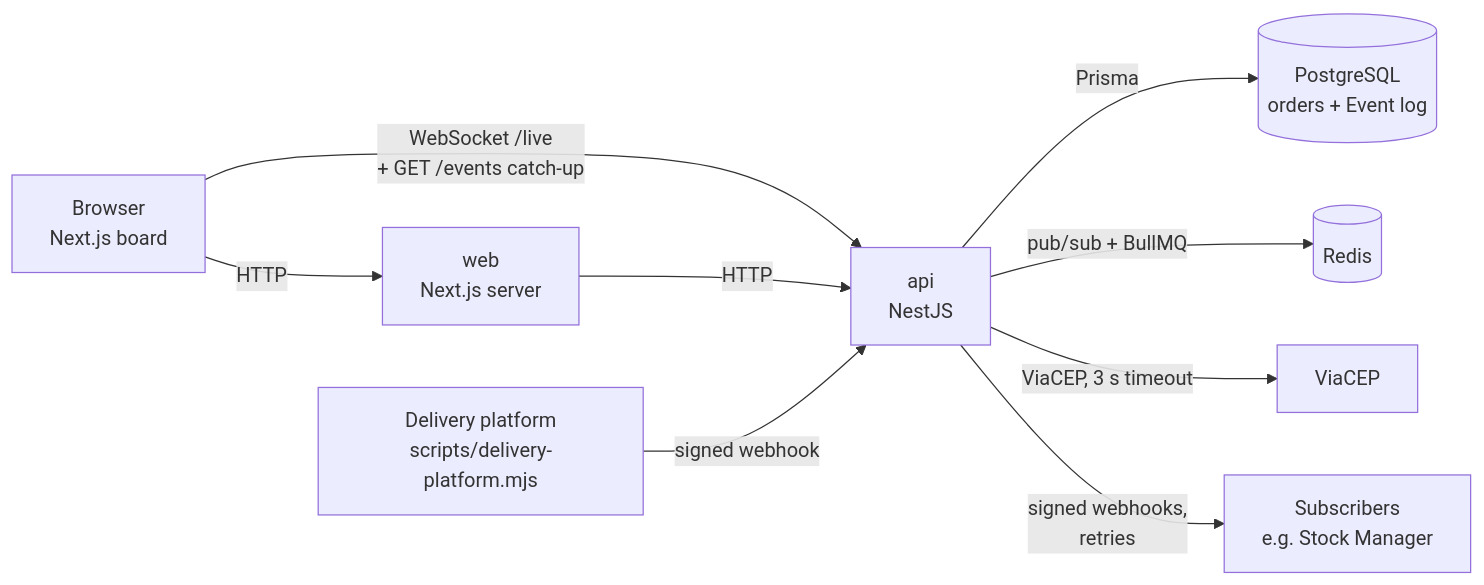
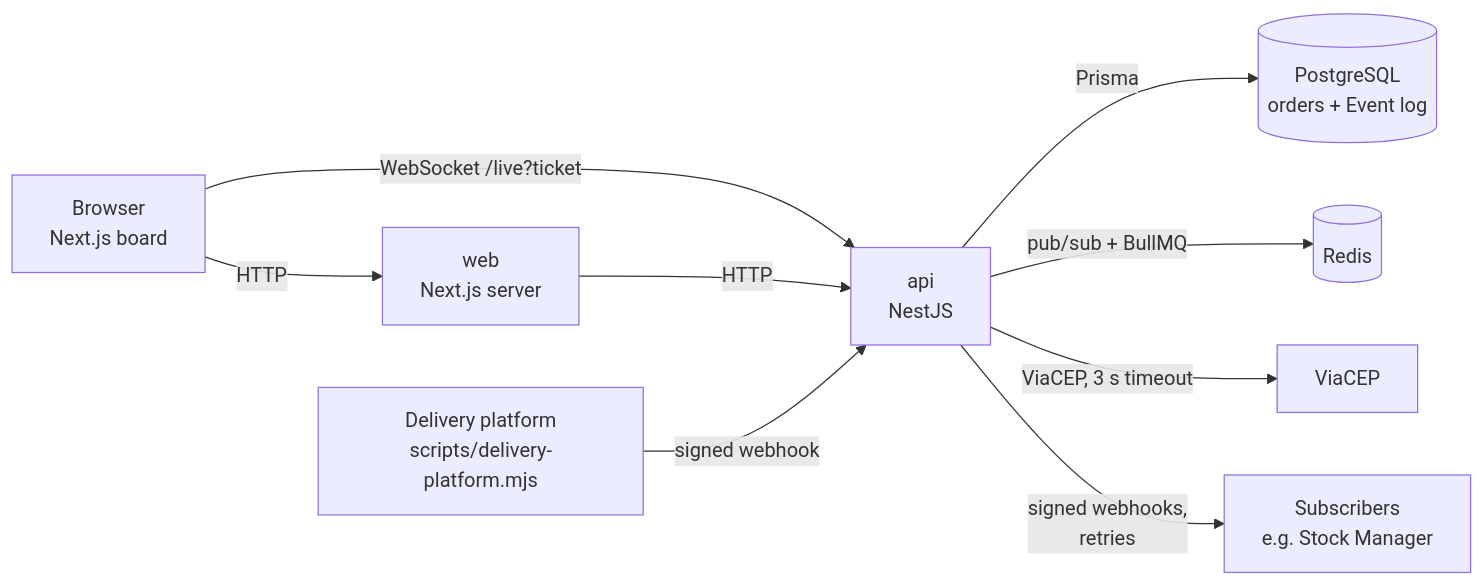
One commit to rodrigoZanardo/live-orders changed the diagram in README.md. Above: the diagram before and after it, drawn with Mermaid. The commit also changed 29 other files, not shown here.

First line of the commit message:
fix: one-time WebSocket tickets instead of the JWT in the URL; webhooks refuse private addresses

````diff
--- a/README.md
+++ b/README.md
@@ -44,11 +44,11 @@
 ```mermaid
 flowchart LR
   browser[Browser<br/>Next.js board] -- HTTP --> web[web<br/>Next.js server]
-  browser -- WebSocket /live<br/>+ GET /events catch-up --> api
+  browser -- WebSocket /live?ticket --> api
   web -- HTTP --> api[api<br/>NestJS]
   api -- Prisma --> pg[(PostgreSQL<br/>orders + Event log)]
   api -- pub/sub + BullMQ --> redis[(Redis)]
   platform[Delivery platform<br/>scripts/delivery-platform.mjs] -- signed webhook --> api
   api -- ViaCEP, 3 s timeout --> viacep[ViaCEP]
   api -- signed webhooks,<br/>retries --> receivers[Subscribers<br/>e.g. Stock Manager]
 ```
````
